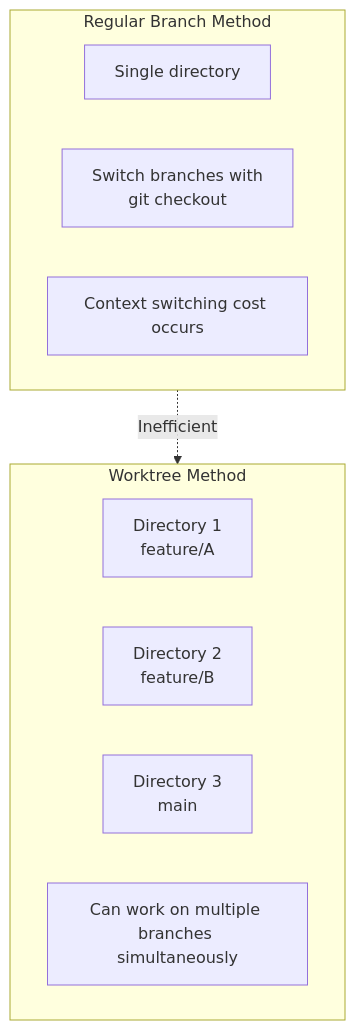
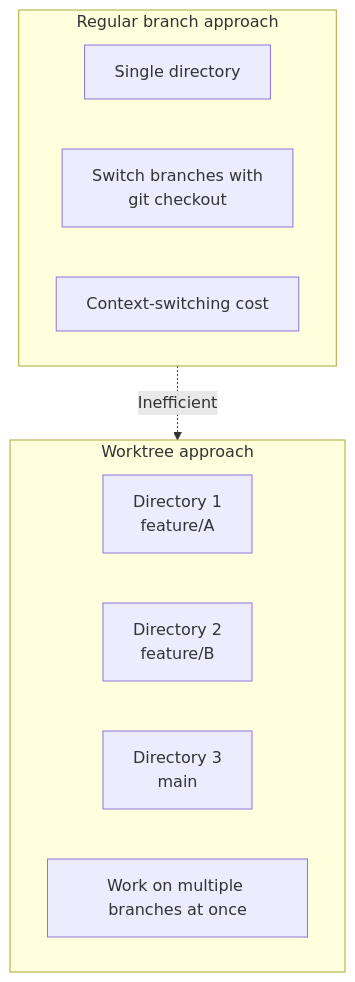
The first of 9 diagrams in docs-site/content/en/worktree/faq.md (modu-ai/moai-adk), drawn with Mermaid before and after one commit. The commit also changed other lines of this file and 395 other files, not shown here.

````diff
--- a/docs-site/content/en/worktree/faq.md
+++ b/docs-site/content/en/worktree/faq.md
@@ -25,17 +26,17 @@
 ```mermaid
 graph TB
-    subgraph Traditional["Regular Branch Method"]
+    subgraph Traditional["Regular branch approach"]
         T1[Single directory]
         T2[Switch branches with<br/>git checkout]
-        T3[Context switching cost occurs]
+        T3[Context-switching cost]
     end
 
-    subgraph Worktree["Worktree Method"]
+    subgraph Worktree["Worktree approach"]
         W1[Directory 1<br/>feature/A]
         W2[Directory 2<br/>feature/B]
         W3[Directory 3<br/>main]
-        W4[Can work on multiple branches simultaneously]
+        W4[Work on multiple branches at once]
     end
 
     Traditional -.->|Inefficient| Worktree
 ```
````
